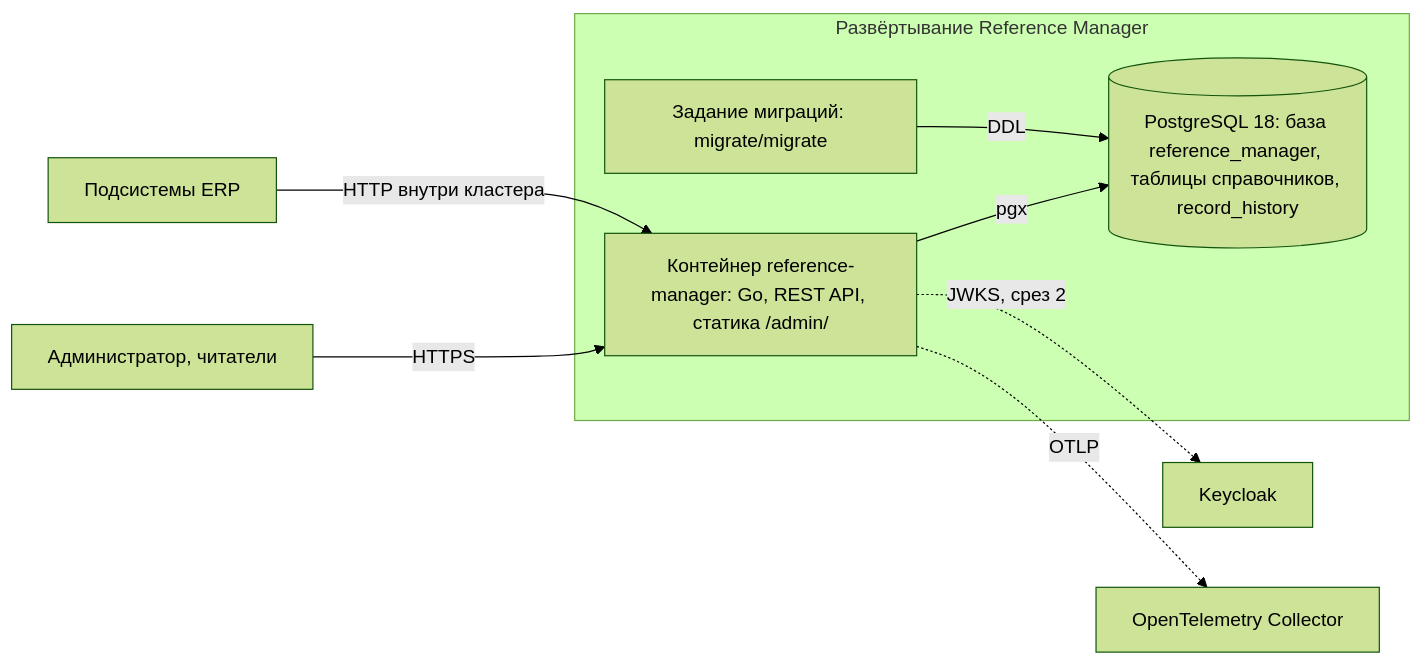
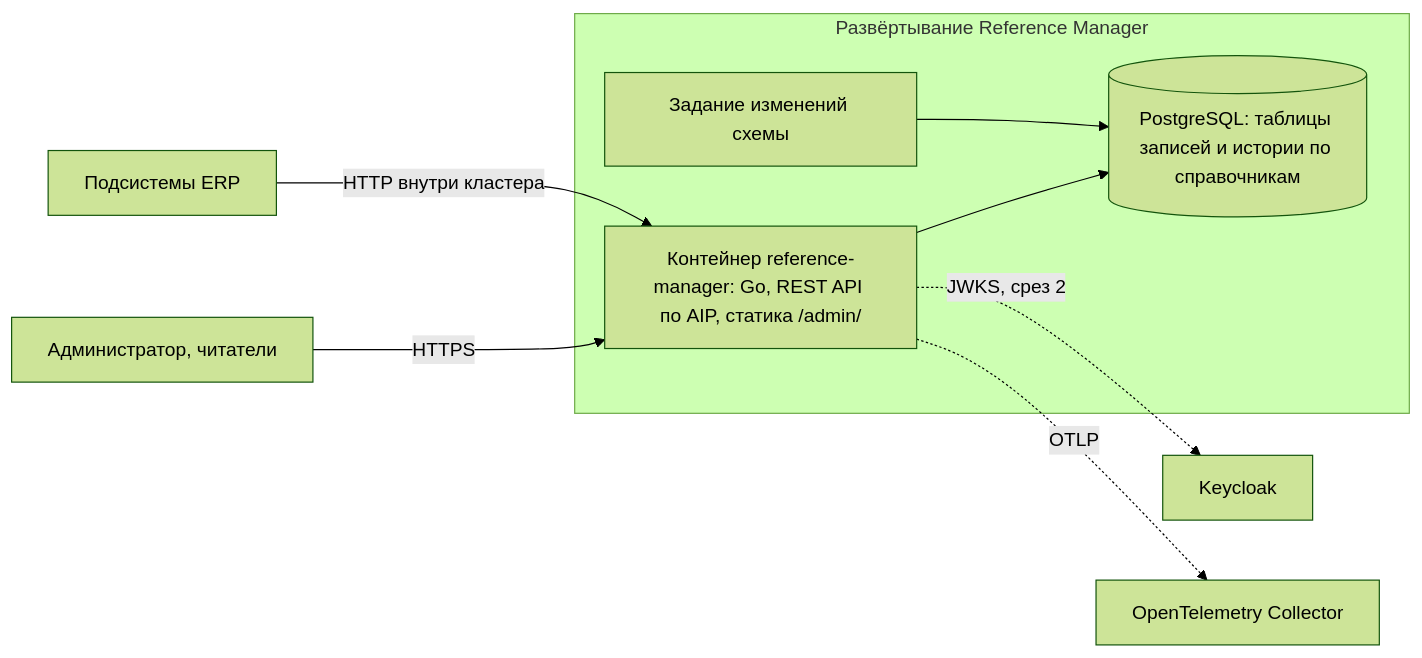
The first of 2 diagrams in reference-manager/docs/block-h-architecture-and-logic/150.component-diagram.md (MEPhI-C22-501/arch-info-system-monorepo), drawn with Mermaid (forest theme) before and after one commit. The commit also changed other lines of this file and 30 other files, not shown here.

````diff
--- a/reference-manager/docs/block-h-architecture-and-logic/150.component-diagram.md
+++ b/reference-manager/docs/block-h-architecture-and-logic/150.component-diagram.md
@@ -8,18 +8,18 @@
 ```mermaid
 flowchart LR
     U["Администратор, читатели"]
     S["Подсистемы ERP"]
     subgraph Deploy["Развёртывание Reference Manager"]
-        APP["Контейнер reference-manager: Go, REST API, статика /admin/"]
-        DB[("PostgreSQL 18: база reference_manager, таблицы справочников, record_history")]
-        JOB["Задание миграций: migrate/migrate"]
+        APP["Контейнер reference-manager: Go, REST API по AIP, статика /admin/"]
+        DB[("PostgreSQL: таблицы записей и истории по справочникам")]
+        JOB["Задание изменений схемы"]
     end
     KC["Keycloak"]
     OT["OpenTelemetry Collector"]
     U -->|"HTTPS"| APP
     S -->|"HTTP внутри кластера"| APP
-    APP -->|"pgx"| DB
-    JOB -->|"DDL"| DB
+    APP --> DB
+    JOB --> DB
     APP -.->|"JWKS, срез 2"| KC
     APP -.->|"OTLP"| OT
 ```
````
